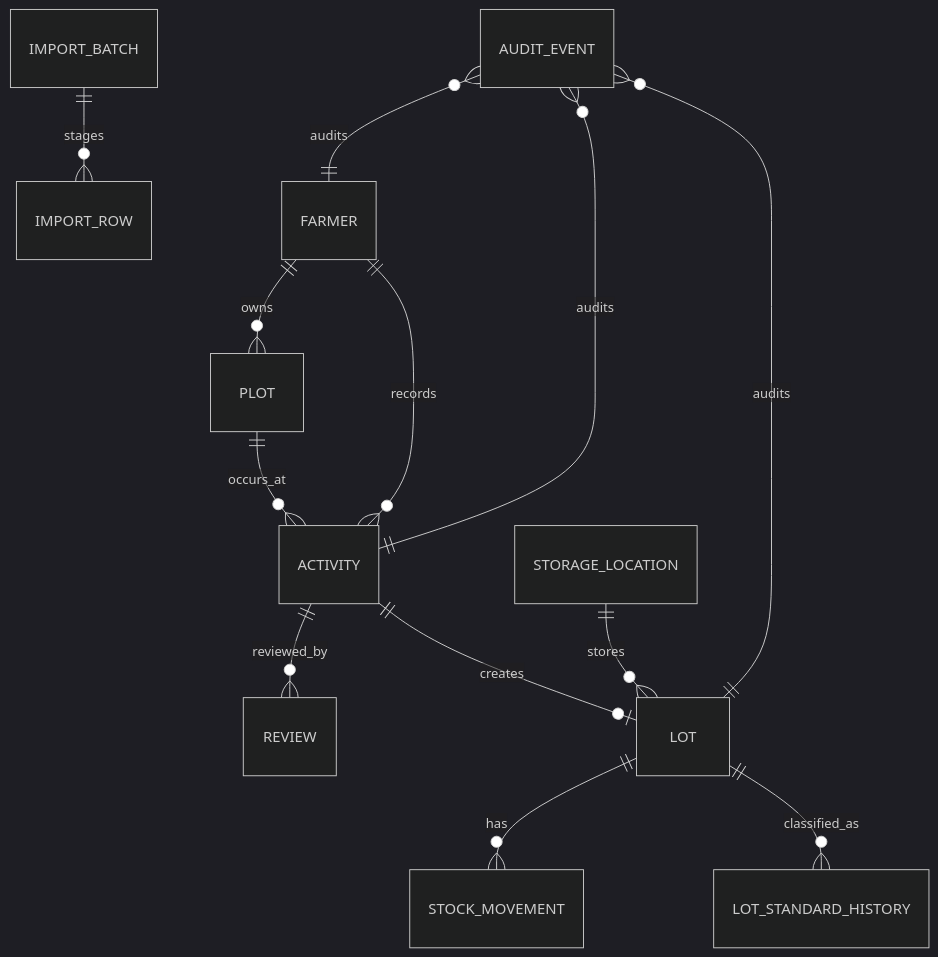
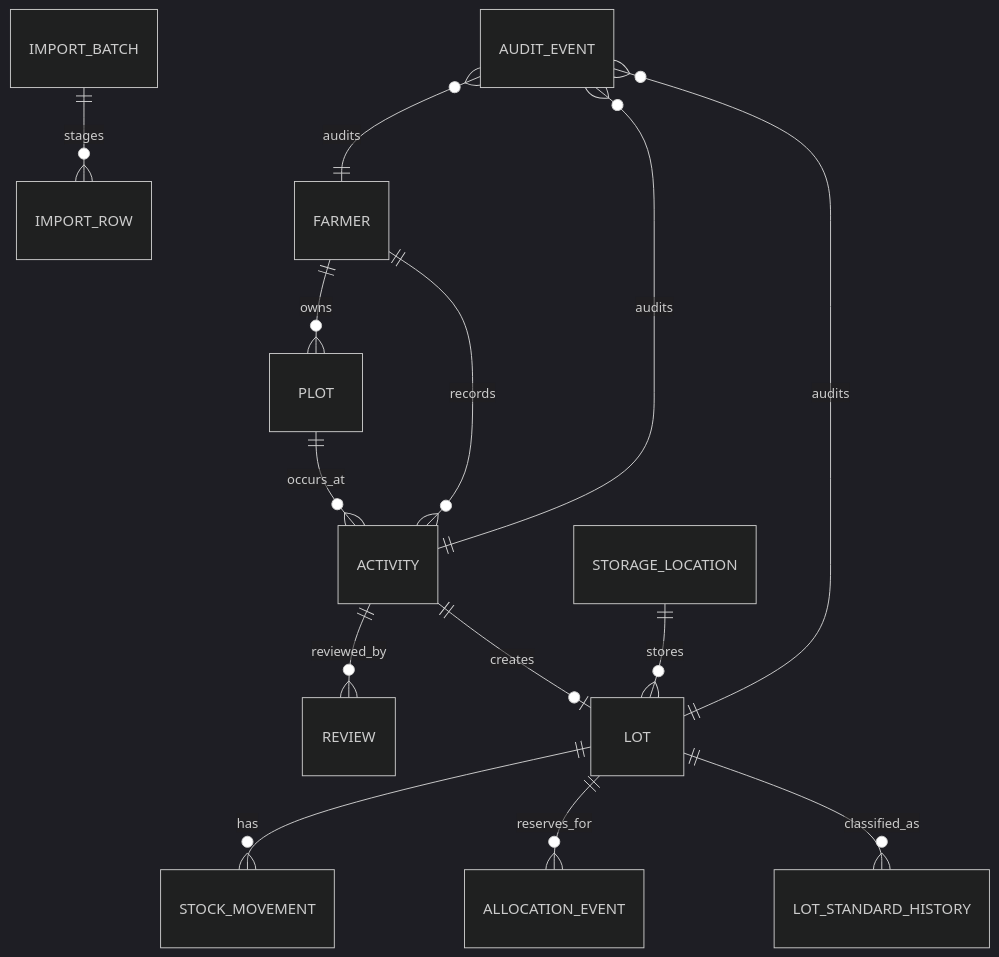
Before and after one commit to ParkPassTH/PTT---Srisaket: the diagram in docs/DATABASE.md, drawn with Mermaid (dark theme). The commit also changed other lines of this file and 35 other files, not shown here.

Commit message:
Complete migration review and lot allocation workflow

````diff
--- a/docs/DATABASE.md
+++ b/docs/DATABASE.md
@@ -108,15 +115,16 @@
 ```mermaid
 erDiagram
   FARMER ||--o{ PLOT : owns
   FARMER ||--o{ ACTIVITY : records
   PLOT ||--o{ ACTIVITY : occurs_at
   ACTIVITY ||--o{ REVIEW : reviewed_by
   ACTIVITY ||--o| LOT : creates
   STORAGE_LOCATION ||--o{ LOT : stores
   LOT ||--o{ STOCK_MOVEMENT : has
+  LOT ||--o{ ALLOCATION_EVENT : reserves_for
   LOT ||--o{ LOT_STANDARD_HISTORY : classified_as
   IMPORT_BATCH ||--o{ IMPORT_ROW : stages
   AUDIT_EVENT }o--|| FARMER : audits
   AUDIT_EVENT }o--|| ACTIVITY : audits
   AUDIT_EVENT }o--|| LOT : audits
 ```
````
